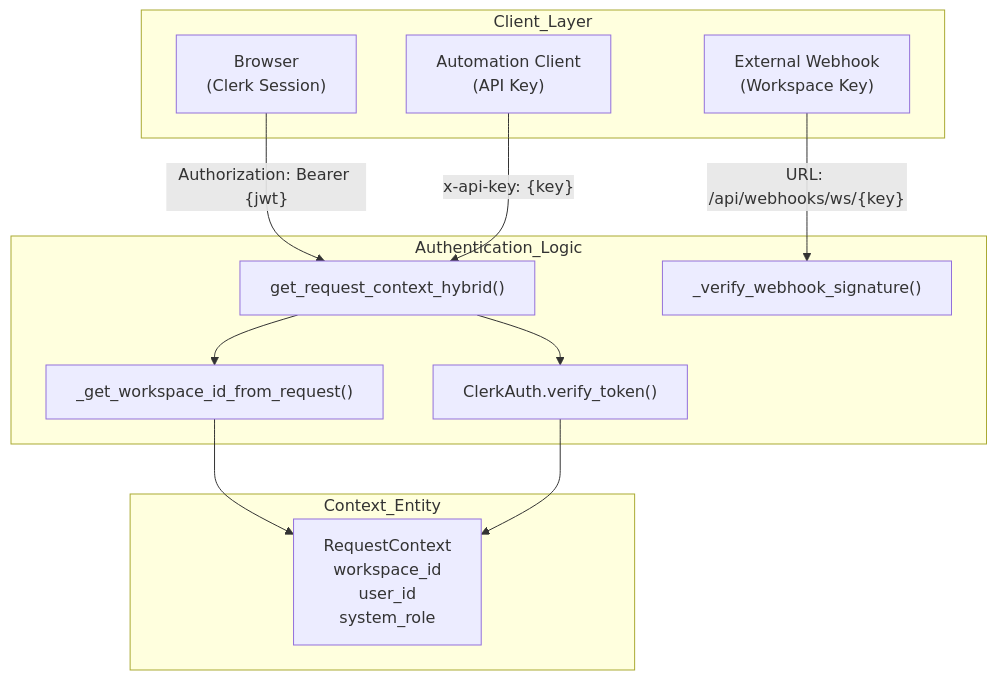
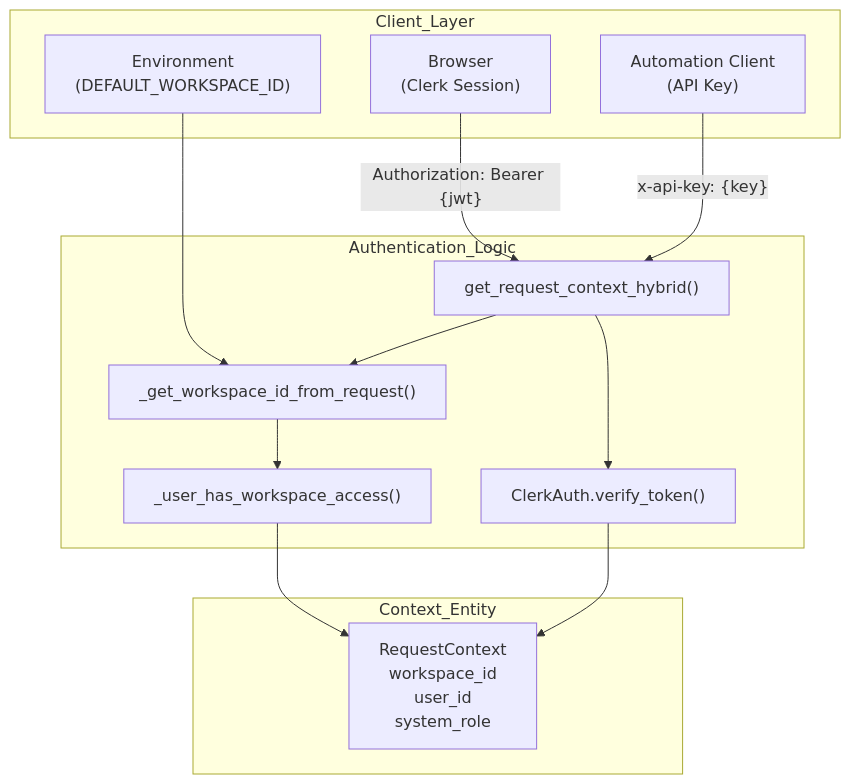
The first of 2 diagrams in docs/authentication-multi-tenancy/_index.md (AutomatosAI/automatos-ai), drawn with Mermaid before and after one commit. The commit also changed other lines of this file and 191 other files, not shown here.

````diff
--- a/docs/authentication-multi-tenancy/_index.md
+++ b/docs/authentication-multi-tenancy/_index.md
@@ -68,28 +58,29 @@
 ```mermaid
 graph TB
     subgraph "Client_Layer"
         Browser["Browser<br/>(Clerk Session)"]
         Automation["Automation Client<br/>(API Key)"]
-        Webhook["External Webhook<br/>(Workspace Key)"]
+        EnvConfig["Environment<br/>(DEFAULT_WORKSPACE_ID)"]
     end
     
     subgraph "Authentication_Logic"
         Hybrid["get_request_context_hybrid()"]
         ClerkAuth["ClerkAuth.verify_token()"]
         WorkspaceRes["_get_workspace_id_from_request()"]
-        WebhookSig["_verify_webhook_signature()"]
+        AccessCheck["_user_has_workspace_access()"]
     end
     
     subgraph "Context_Entity"
         Context["RequestContext<br/>workspace_id<br/>user_id<br/>system_role"]
     end
     
     Browser -->|"Authorization: Bearer {jwt}"| Hybrid
     Automation -->|"x-api-key: {key}"| Hybrid
-    Webhook -->|"URL: /api/webhooks/ws/{key}"| WebhookSig
+    EnvConfig --> WorkspaceRes
     
     Hybrid --> ClerkAuth
     Hybrid --> WorkspaceRes
-    WorkspaceRes --> Context
+    WorkspaceRes --> AccessCheck
+    AccessCheck --> Context
     ClerkAuth --> Context
 ```
````
